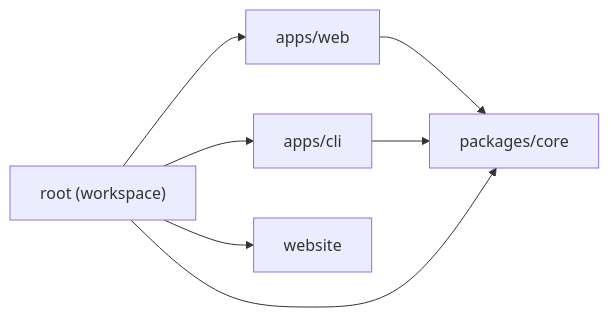
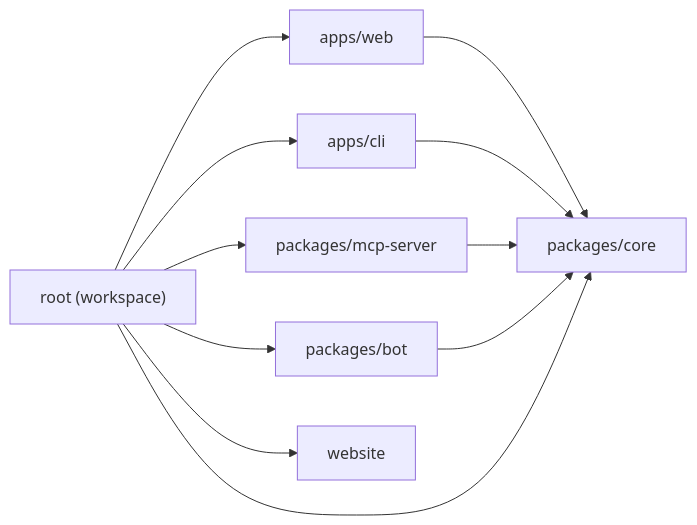
One commit to josedab/innovator changed the second of 3 diagrams in website/docs/architecture.md. Above: the diagram before and after it, drawn with Mermaid. The commit also changed other lines of this file, not shown here.

First line of the commit message:
docs(architecture): expand diagrams with new packages and providers

````diff
--- a/website/docs/architecture.md
+++ b/website/docs/architecture.md
@@ -66,15 +91,21 @@
 ```mermaid
 graph LR
     core["packages/core"]
     web["apps/web"]
     cli["apps/cli"]
+    mcp["packages/mcp-server"]
+    bot["packages/bot"]
     website["website"]
     root["root (workspace)"]
 
     web --> core
     cli --> core
+    mcp --> core
+    bot --> core
     root --> web
     root --> cli
     root --> core
+    root --> mcp
+    root --> bot
     root --> website
 ```
````
